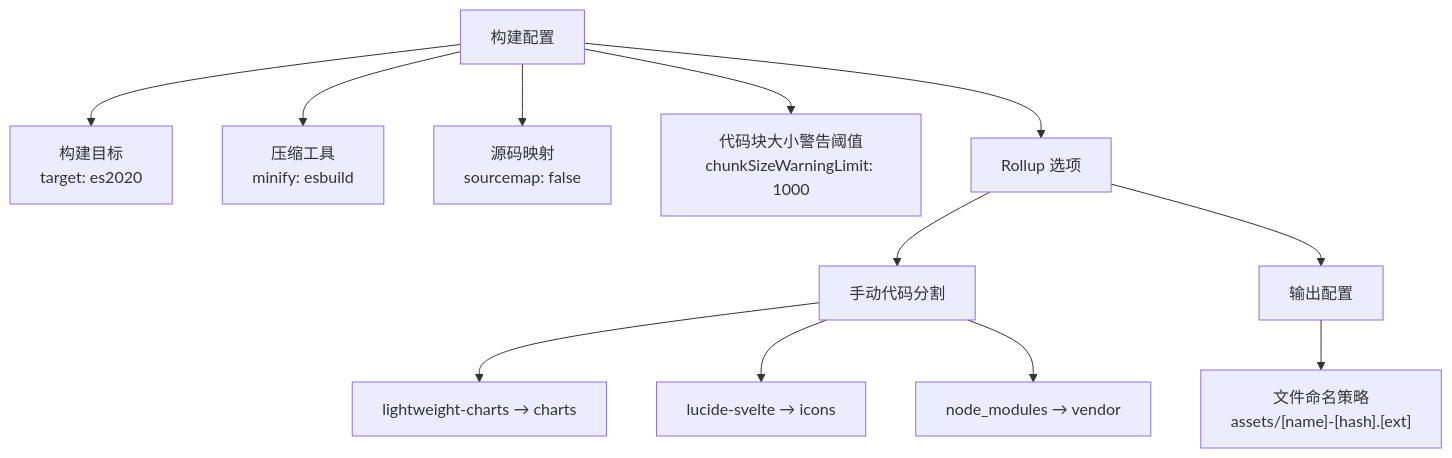
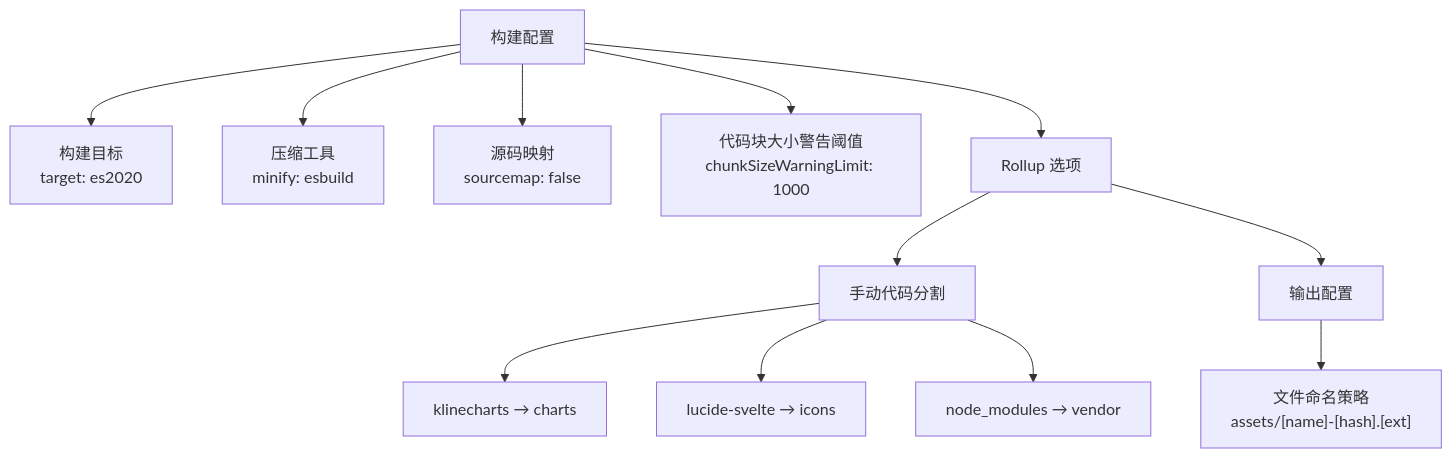
Before and after one commit to yjydmlh/turtle: the second of 6 diagrams in doc/前端架构/构建流程与工具链/Vite 配置详解.md, drawn with Mermaid. The commit also changed other lines of this file and 9 other files, not shown here.

````diff
--- a/doc/前端架构/构建流程与工具链/Vite 配置详解.md
+++ b/doc/前端架构/构建流程与工具链/Vite 配置详解.md
@@ -50,14 +50,14 @@
 ```mermaid
 graph TD
 Build["构建配置"] --> Target["构建目标\ntarget: es2020"]
 Build --> Minify["压缩工具\nminify: esbuild"]
 Build --> Sourcemap["源码映射\nsourcemap: false"]
 Build --> ChunkSize["代码块大小警告阈值\nchunkSizeWarningLimit: 1000"]
 Rollup["Rollup 选项"] --> ManualChunks["手动代码分割"]
-ManualChunks --> Charts["lightweight-charts → charts"]
+ManualChunks --> Charts["klinecharts → charts"]
 ManualChunks --> Icons["lucide-svelte → icons"]
 ManualChunks --> Vendor["node_modules → vendor"]
 Output["输出配置"] --> Naming["文件命名策略\nassets/[name]-[hash].[ext]"]
 Build --> Rollup
 Rollup --> Output
 ```
````
